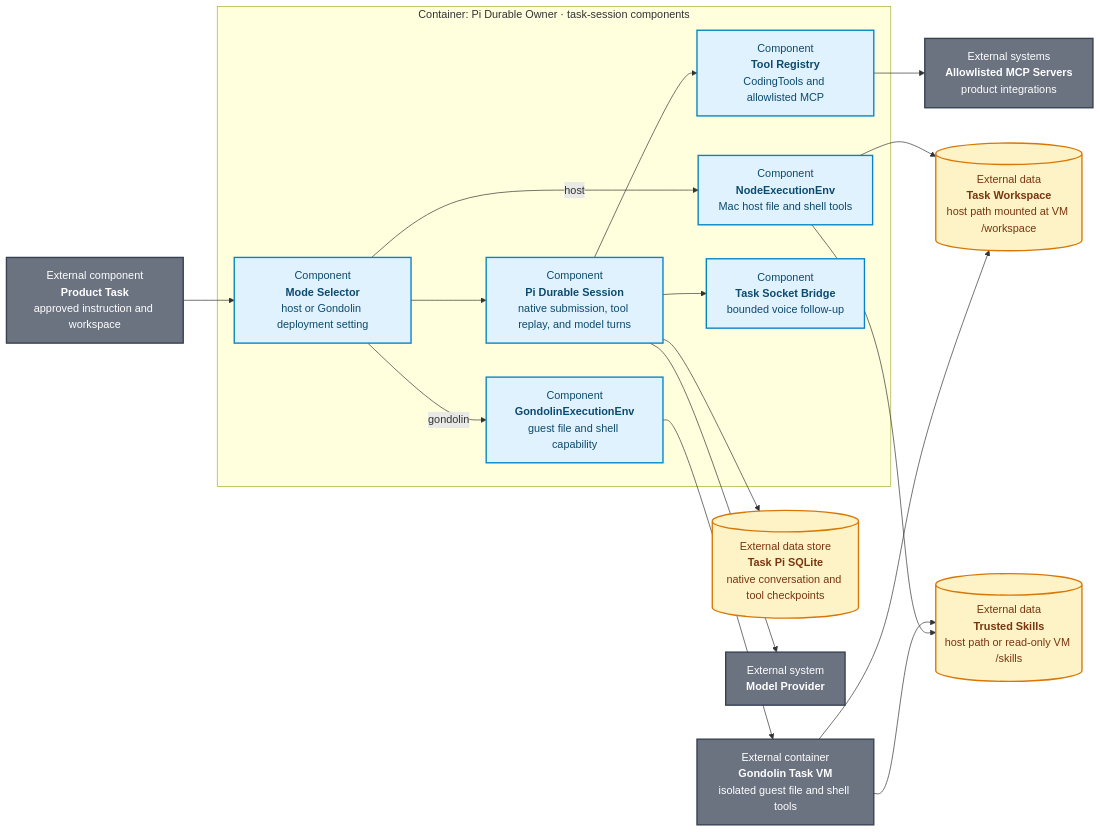
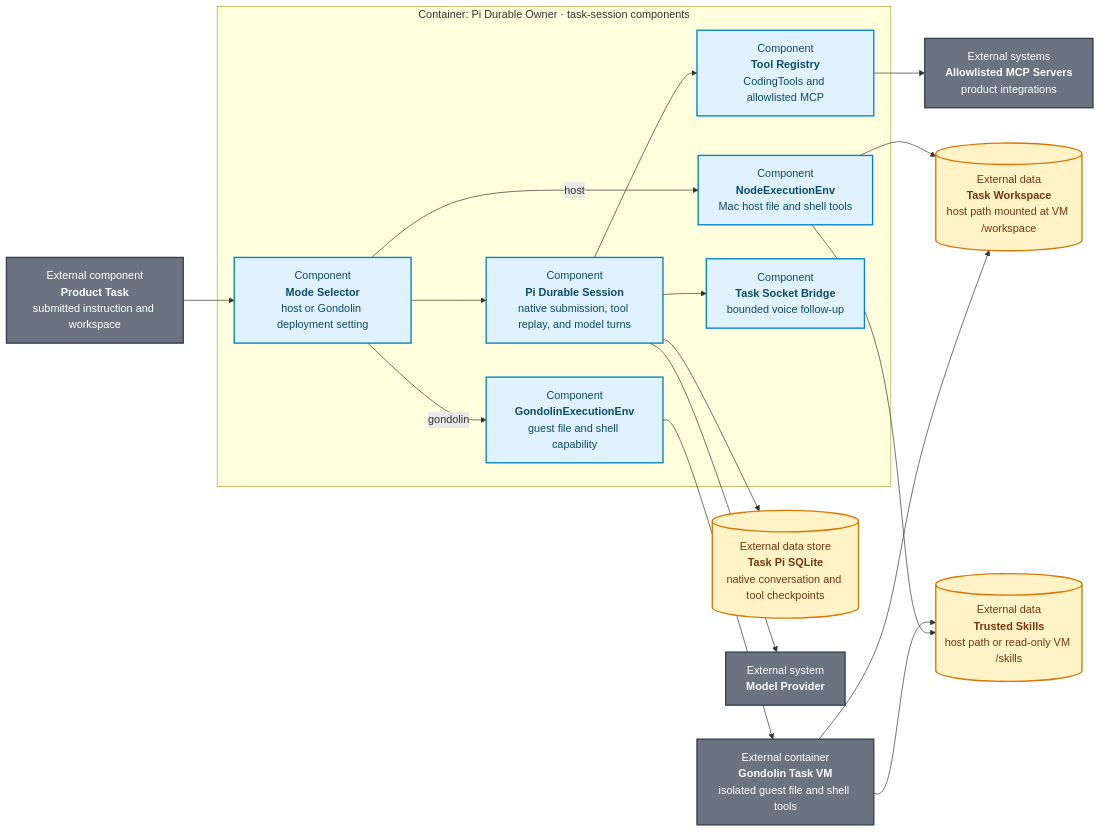
The diagram in products/voice-agent/docs/architecture/c3-task-tool-runtime.mmd (ragavsathish/agent-workload-platform), drawn with Mermaid before and after one commit. The commit also changed 143 other files, not shown here.

```diff
--- a/products/voice-agent/docs/architecture/c3-task-tool-runtime.mmd
+++ b/products/voice-agent/docs/architecture/c3-task-tool-runtime.mmd
@@ -1,37 +1,37 @@
 flowchart LR
-    TASK["External component<br/><b>Product Task</b><br/>approved instruction and workspace"]
+    TASK["External component<br/><b>Product Task</b><br/>submitted instruction and workspace"]
     SQLITE[("External data store<br/><b>Task Pi SQLite</b><br/>native conversation and tool checkpoints")]
     WORKSPACE[("External data<br/><b>Task Workspace</b><br/>host path mounted at VM /workspace")]
     SKILLS[("External data<br/><b>Trusted Skills</b><br/>host path or read-only VM /skills")]
     MODEL["External system<br/><b>Model Provider</b>"]
     GONDOLIN["External container<br/><b>Gondolin Task VM</b><br/>isolated guest file and shell tools"]
     MCP["External systems<br/><b>Allowlisted MCP Servers</b><br/>product integrations"]
 
     subgraph OWNER["Container: Pi Durable Owner · task-session components"]
         MODE["Component<br/><b>Mode Selector</b><br/>host or Gondolin deployment setting"]
         SESSION["Component<br/><b>Pi Durable Session</b><br/>native submission, tool replay, and model turns"]
         REGISTRY["Component<br/><b>Tool Registry</b><br/>CodingTools and allowlisted MCP"]
         HOST["Component<br/><b>NodeExecutionEnv</b><br/>Mac host file and shell tools"]
         GUEST["Component<br/><b>GondolinExecutionEnv</b><br/>guest file and shell capability"]
         BRIDGE["Component<br/><b>Task Socket Bridge</b><br/>bounded voice follow-up"]
         MODE --> SESSION --> REGISTRY
         MODE -->|"host"| HOST
         MODE -->|"gondolin"| GUEST
         SESSION --> BRIDGE
     end
 
     TASK --> MODE
     SESSION --> SQLITE
     SESSION --> MODEL
     REGISTRY --> MCP
     HOST --> WORKSPACE
     GUEST --> GONDOLIN --> WORKSPACE
     GONDOLIN --> SKILLS
     HOST --> SKILLS
 
     classDef component fill:#e0f2fe,color:#0c4a6e,stroke:#0284c7,stroke-width:2px;
     classDef external fill:#6b7280,color:#fff,stroke:#374151,stroke-width:2px;
     classDef data fill:#fef3c7,color:#78350f,stroke:#d97706,stroke-width:2px;
     class MODE,SESSION,REGISTRY,HOST,GUEST,BRIDGE component;
     class TASK,MODEL,GONDOLIN,MCP external;
     class SQLITE,WORKSPACE,SKILLS data;
```
